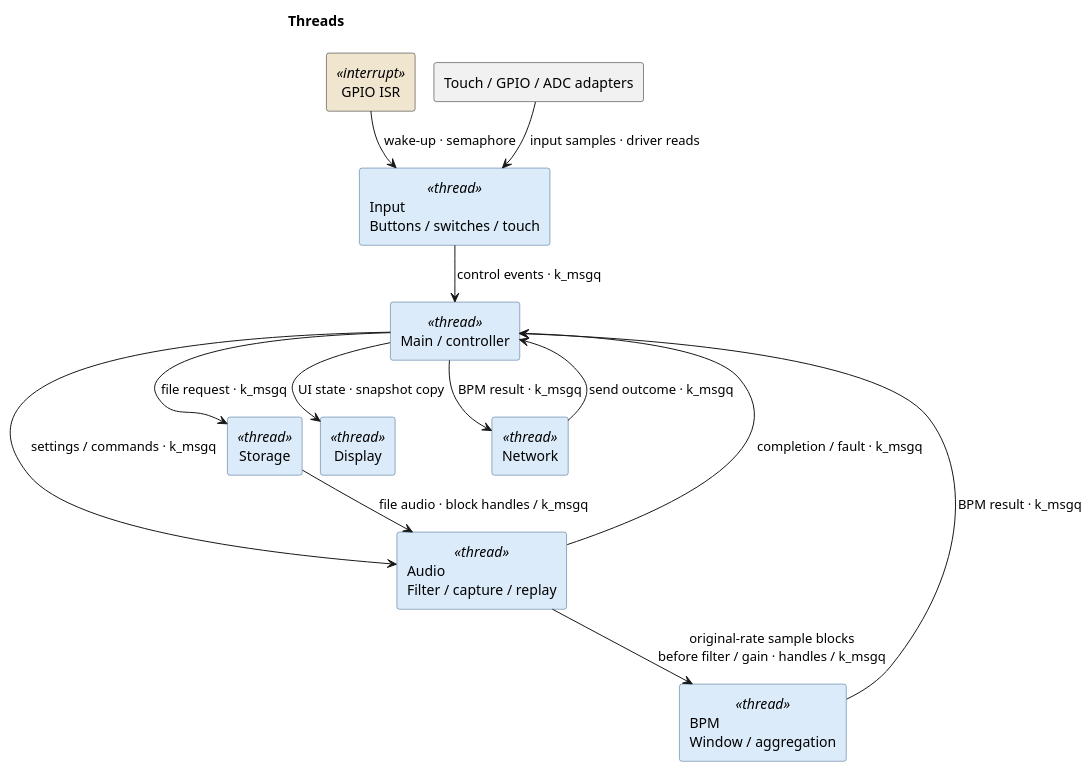
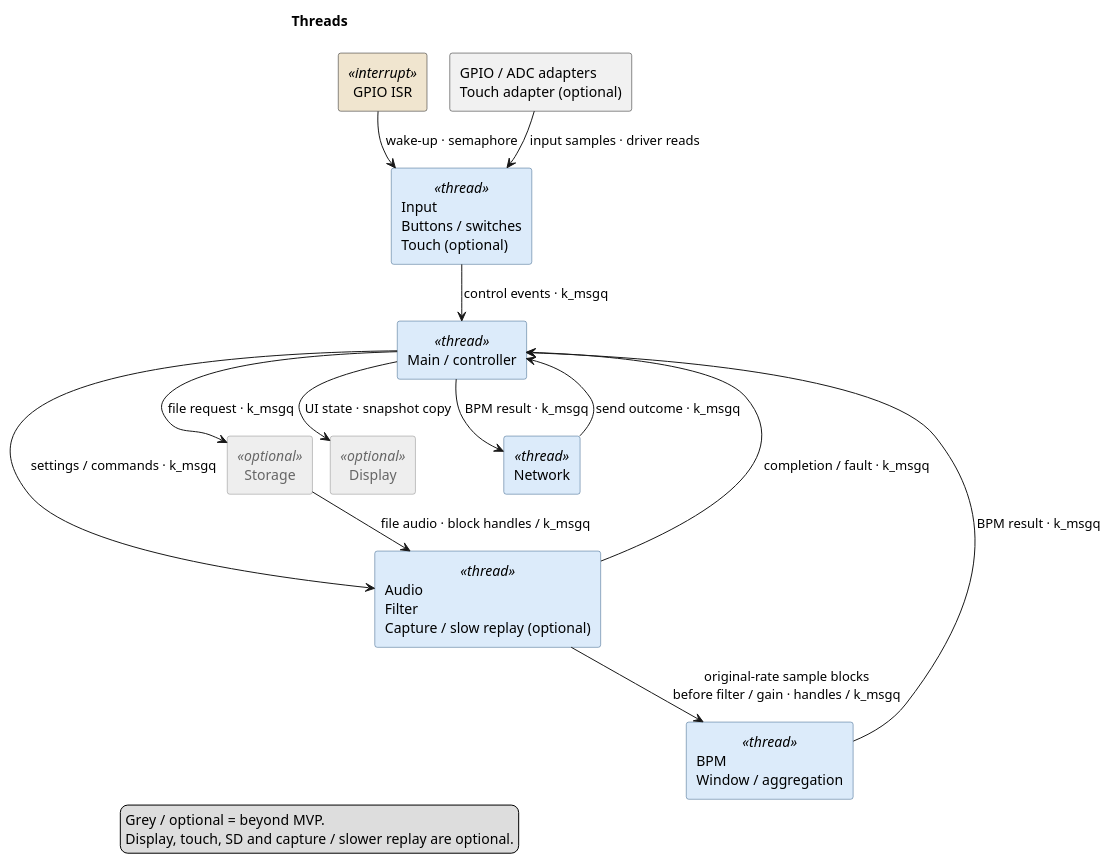
One commit to DemonicPsychoII/DigitalStethoscope changed the diagram in Development/system/architecture/runtime-ownership.puml. Above: the diagram before and after it, drawn with PlantUML. The commit also changed 22 other files, not shown here.

First line of the commit message:
Document framework feasibility and distinguish optional MVP extensions

```diff
--- a/Development/system/architecture/runtime-ownership.puml
+++ b/Development/system/architecture/runtime-ownership.puml
@@ -1,35 +1,48 @@
 @startuml runtime_ownership
-' Updated by GPT-6.1-Sol on behalf of Nico running in T3 Code through Codex.
 !pragma layout smetana
 skinparam shadowing false
+skinparam component {
+ BackgroundColor<<optional>> #EEEEEE
+ BorderColor<<optional>> #888888
+ FontColor<<optional>> #666666
+}
+skinparam artifact {
+ BackgroundColor<<optional>> #EEEEEE
+ BorderColor<<optional>> #888888
+ FontColor<<optional>> #666666
+}
 skinparam componentStyle rectangle
 skinparam defaultFontName SansSerif
 title Threads
 top to bottom direction
 skinparam component {
  BackgroundColor<<thread>> #DCEBFA
  BorderColor<<thread>> #345E87
  BackgroundColor<<interrupt>> #F0E5CF
 }
 component "GPIO ISR" as irq <<interrupt>>
-component "Touch / GPIO / ADC adapters" as adapters
-component "Input\nButtons / switches / touch" as inp <<thread>>
+component "GPIO / ADC adapters\nTouch adapter (optional)" as adapters
+component "Input\nButtons / switches\nTouch (optional)" as inp <<thread>>
 component "Main / controller" as ctl <<thread>>
-component "Audio\nFilter / capture / replay" as audio <<thread>>
+component "Audio\nFilter\nCapture / slow replay (optional)" as audio <<thread>>
 component "BPM\nWindow / aggregation" as bpm <<thread>>
-component "Storage" as storage <<thread>>
-component "Display" as display <<thread>>
+component "Storage" as storage <<optional>>
+component "Display" as display <<optional>>
 component "Network" as net <<thread>>
 irq --> inp : wake-up · semaphore
 adapters --> inp : input samples · driver reads
 inp --> ctl : control events · k_msgq
 ctl --> audio : settings / commands · k_msgq
 audio --> bpm : original-rate sample blocks\nbefore filter / gain · handles / k_msgq
 bpm --> ctl : BPM result · k_msgq
 audio --> ctl : completion / fault · k_msgq
 ctl --> storage : file request · k_msgq
 storage --> audio : file audio · block handles / k_msgq
 ctl --> display : UI state · snapshot copy
 ctl --> net : BPM result · k_msgq
 net --> ctl : send outcome · k_msgq
+legend bottom
+  Grey / optional = beyond MVP.
+  Display, touch, SD and capture / slower replay are optional.
+endlegend
 @enduml
```
